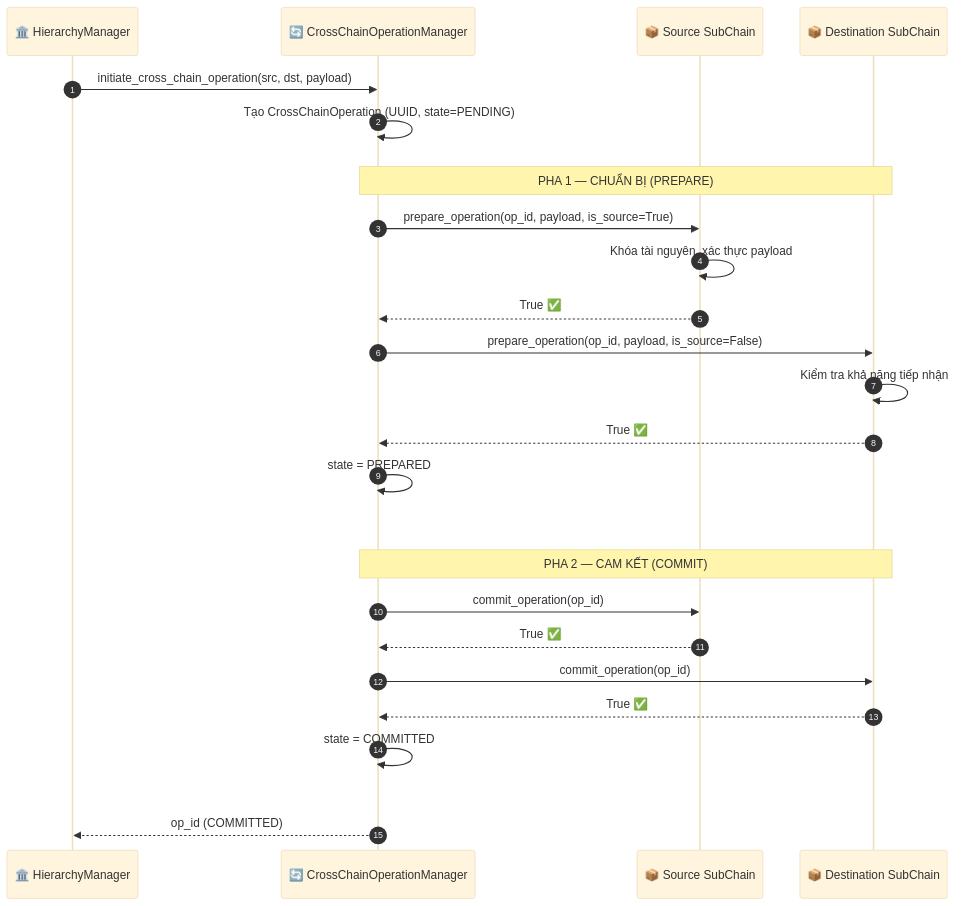
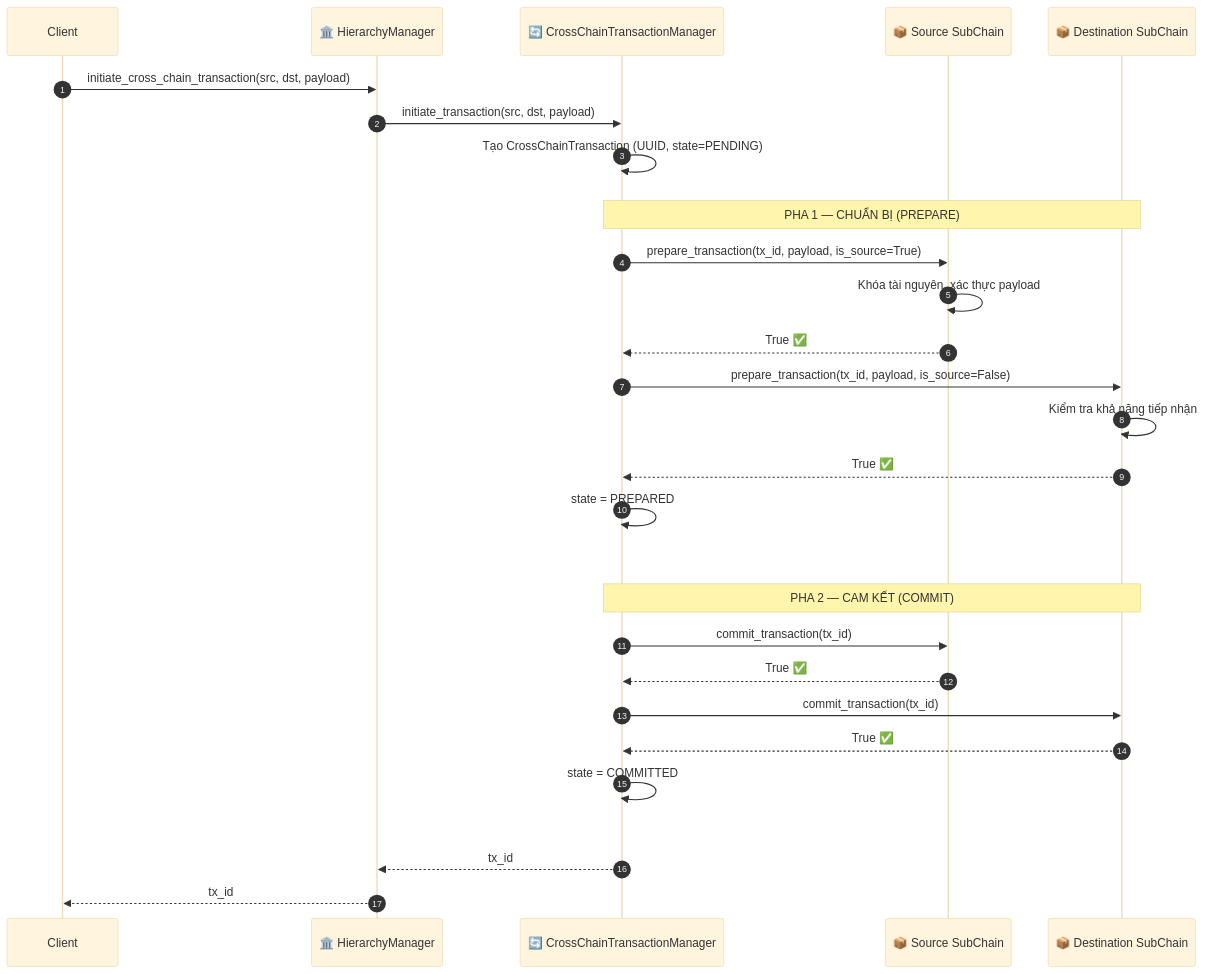
One commit to VanDung-dev/HieraChain changed the first of 3 diagrams in docs/vi/workflows/cross-chain-2pc.md. Above: the diagram before and after it, drawn with Mermaid (base theme). The commit also changed other lines of this file and 53 other files, not shown here.

````diff
--- a/docs/vi/workflows/cross-chain-2pc.md
+++ b/docs/vi/workflows/cross-chain-2pc.md
@@ -19,35 +19,38 @@
 ```mermaid
 sequenceDiagram
     autonumber
+    participant Client as Client
     participant HM as 🏛️ HierarchyManager
-    participant TM as 🔄 CrossChainOperationManager
+    participant TM as 🔄 CrossChainTransactionManager
     participant SRC as 📦 Source SubChain
     participant DST as 📦 Destination SubChain
 
-    HM->>TM: initiate_cross_chain_operation(src, dst, payload)
-    TM->>TM: Tạo CrossChainOperation (UUID, state=PENDING)
+    Client->>HM: initiate_cross_chain_transaction(src, dst, payload)
+    HM->>TM: initiate_transaction(src, dst, payload)
+    TM->>TM: Tạo CrossChainTransaction (UUID, state=PENDING)
 
     rect rgb(0, 0, 0, 0)
         Note over TM,DST: PHA 1 — CHUẨN BỊ (PREPARE)
-        TM->>SRC: prepare_operation(op_id, payload, is_source=True)
+        TM->>SRC: prepare_transaction(tx_id, payload, is_source=True)
         SRC->>SRC: Khóa tài nguyên, xác thực payload
         SRC-->>TM: True ✅
 
-        TM->>DST: prepare_operation(op_id, payload, is_source=False)
+        TM->>DST: prepare_transaction(tx_id, payload, is_source=False)
         DST->>DST: Kiểm tra khả năng tiếp nhận
         DST-->>TM: True ✅
 
         TM->>TM: state = PREPARED
     end
 
     rect rgb(0, 0, 0, 0)
         Note over TM,DST: PHA 2 — CAM KẾT (COMMIT)
-        TM->>SRC: commit_operation(op_id)
+        TM->>SRC: commit_transaction(tx_id)
         SRC-->>TM: True ✅
-        TM->>DST: commit_operation(op_id)
+        TM->>DST: commit_transaction(tx_id)
         DST-->>TM: True ✅
         TM->>TM: state = COMMITTED
     end
 
-    TM-->>HM: op_id (COMMITTED)
+    TM-->>HM: tx_id
+    HM-->>Client: tx_id
 ```
````
